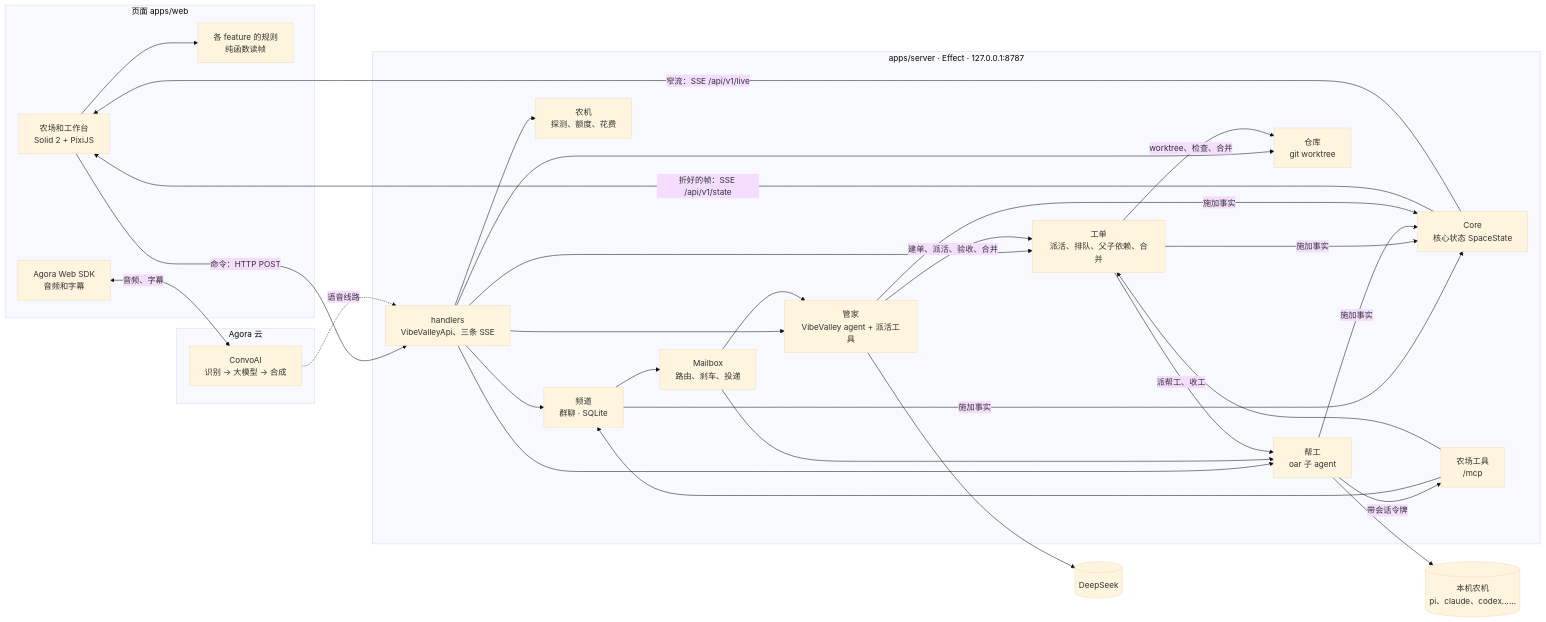
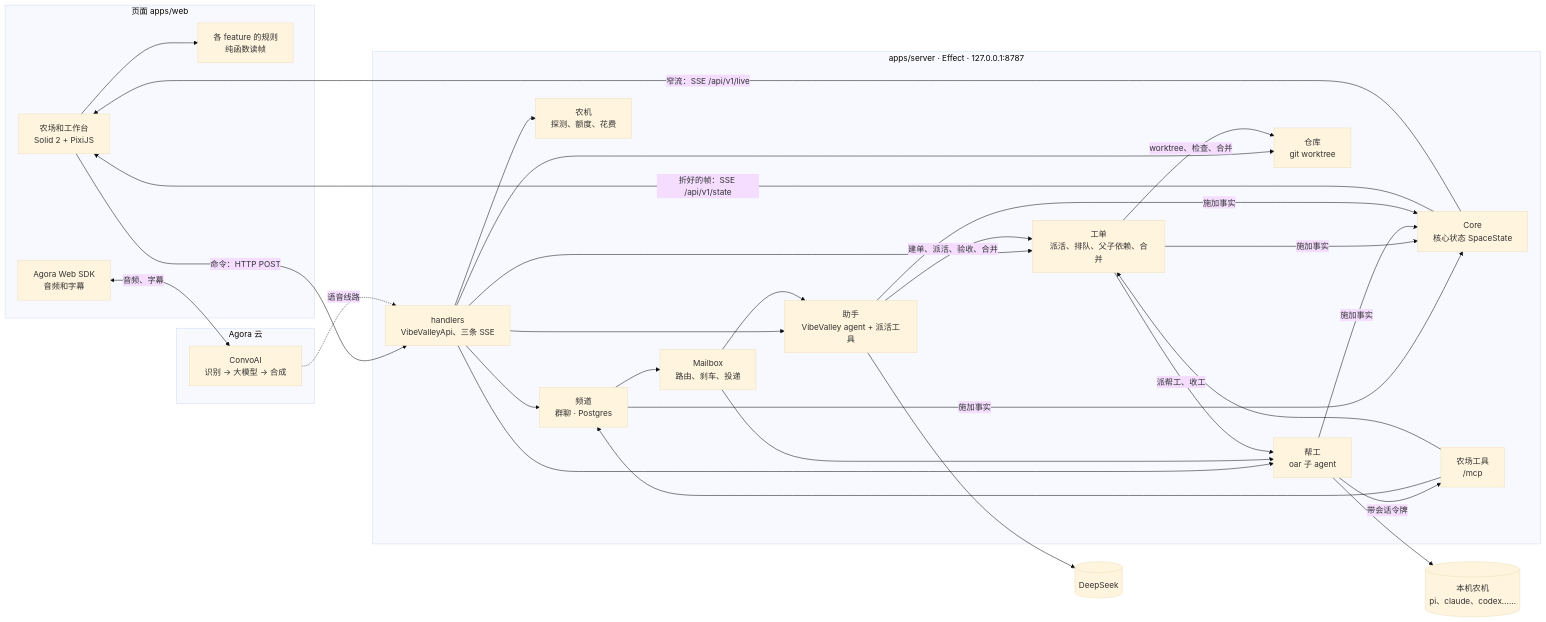
One commit to vibevalleyhq/vibevalley changed the diagram in docs/architecture.md. Above: the diagram before and after it, drawn with Mermaid (base theme). The commit also changed other lines of this file and 1137 other files, not shown here.

````diff
--- a/docs/architecture.md
+++ b/docs/architecture.md
@@ -5,46 +5,46 @@
 ```mermaid
 flowchart LR
   subgraph Page[页面 apps/web]
     UI[农场和工作台<br/>Solid 2 + PixiJS]
     RULES[各 feature 的规则<br/>纯函数读帧]
     RTC[Agora Web SDK<br/>音频和字幕]
   end
 
   subgraph Server[apps/server · Effect · 127.0.0.1:8787]
     API[handlers<br/>VibeValleyApi、三条 SSE]
     SITE[Core<br/>核心状态 SpaceState]
-    FM[管家<br/>VibeValley agent + 派活工具]
-    CHAT[频道<br/>群聊 · SQLite]
+    FM[助手<br/>VibeValley agent + 派活工具]
+    CHAT[频道<br/>群聊 · Postgres]
     MB[Mailbox<br/>路由、刹车、投递]
     TK[工单<br/>派活、排队、父子依赖、合并]
     CREW[帮工<br/>oar 子 agent]
     PRJ[仓库<br/>git worktree]
     RT[农机<br/>探测、额度、花费]
     MCP[农场工具<br/>/mcp]
   end
 
   subgraph Agora[Agora 云]
     CAI[ConvoAI<br/>识别 → 大模型 → 合成]
   end
 
   AGENTS[(本机农机<br/>pi、claude、codex……)]
   DS[(DeepSeek)]
 
   UI --> RULES
   UI -->|命令：HTTP POST| API
   SITE -->|折好的帧：SSE /api/v1/state| UI
   SITE -->|窄流：SSE /api/v1/live| UI
   API --> CHAT & FM & TK & CREW & PRJ & RT
   CHAT --> MB
   MB --> FM & CREW
   CREW -->|带会话令牌| MCP
   MCP --> CHAT & TK
   FM -->|建单、派活、验收、合并| TK
   TK -->|派帮工、收工| CREW
   TK -->|worktree、检查、合并| PRJ
   CREW --> AGENTS
   FM --> DS
   CHAT & TK & CREW & FM -->|施加事实| SITE
   RTC <-->|音频、字幕| CAI
   CAI -.->|语音线路| API
 ```
````
